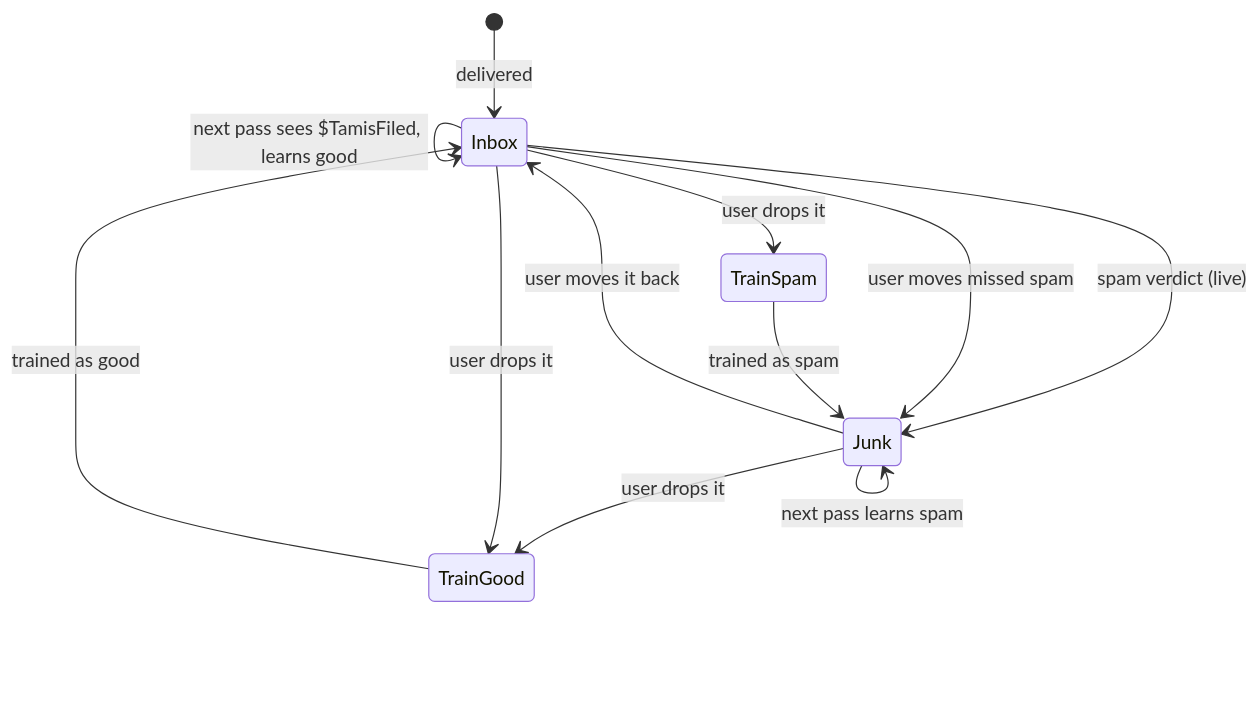
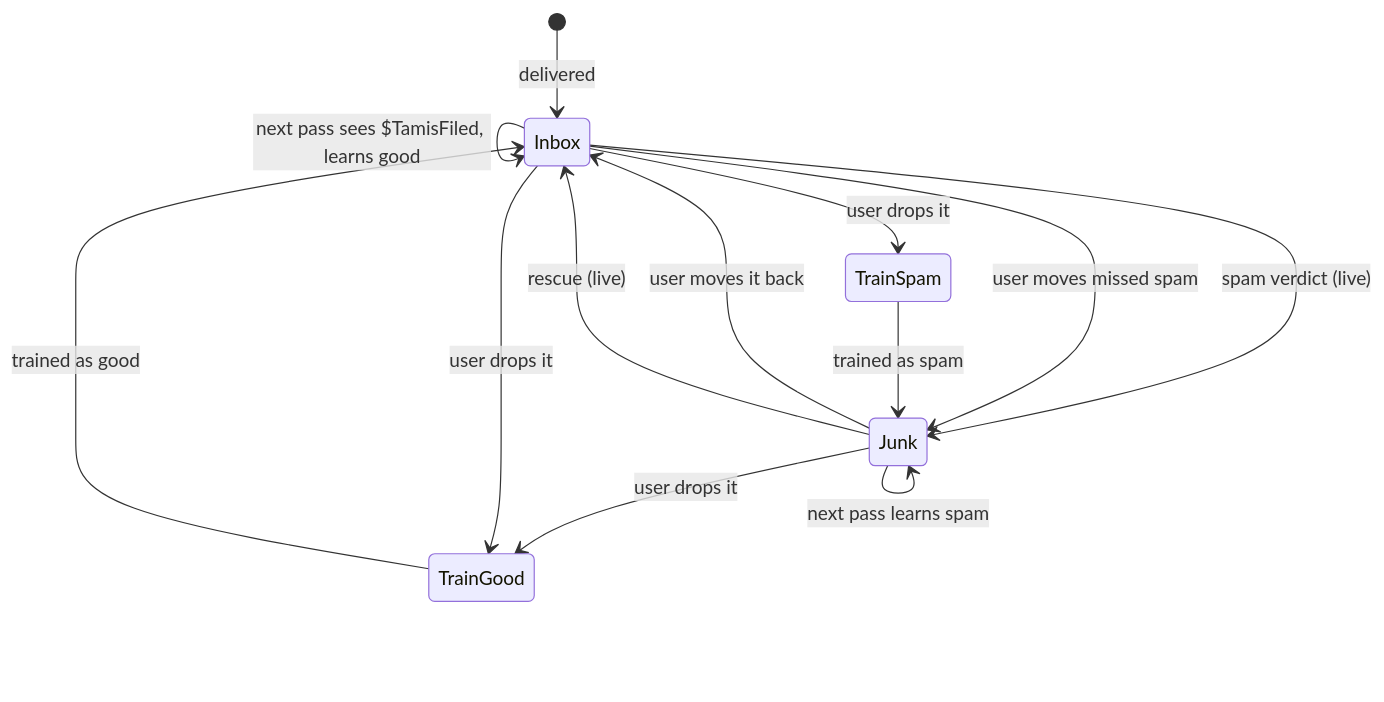
Before and after one commit to hugoh/tamis: the eighth of 9 diagrams in docs/engine.md, drawn with Mermaid. The commit also changed other lines of this file and 3 other files, not shown here.

````diff
--- a/docs/engine.md
+++ b/docs/engine.md
@@ -230,14 +261,15 @@
 ```mermaid
 stateDiagram-v2
     [*] --> Inbox: delivered
     Inbox --> Junk: spam verdict (live)
     Junk --> Inbox: user moves it back
     Inbox --> Inbox: next pass sees $TamisFiled, learns good
     Inbox --> Junk: user moves missed spam
     Junk --> Junk: next pass learns spam
+    Junk --> Inbox: rescue (live)
     Inbox --> TrainSpam: user drops it
     Junk --> TrainGood: user drops it
     Inbox --> TrainGood: user drops it
     TrainSpam --> Junk: trained as spam
     TrainGood --> Inbox: trained as good
 ```
````
